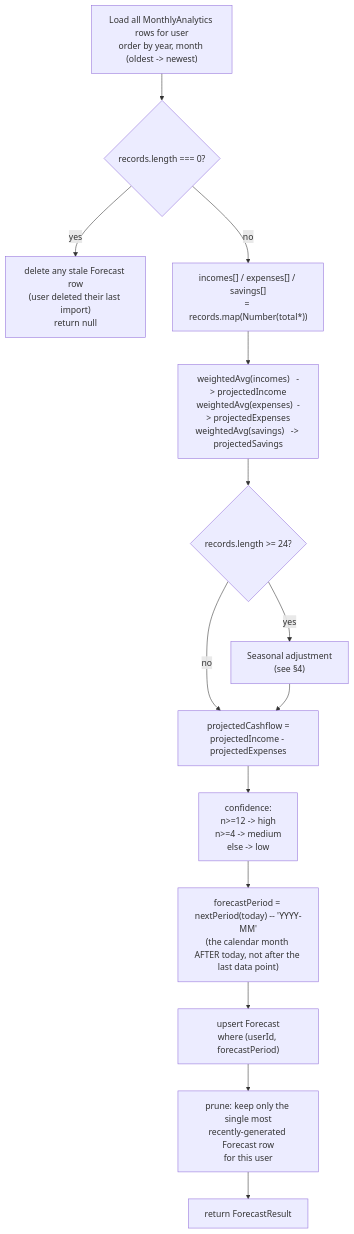
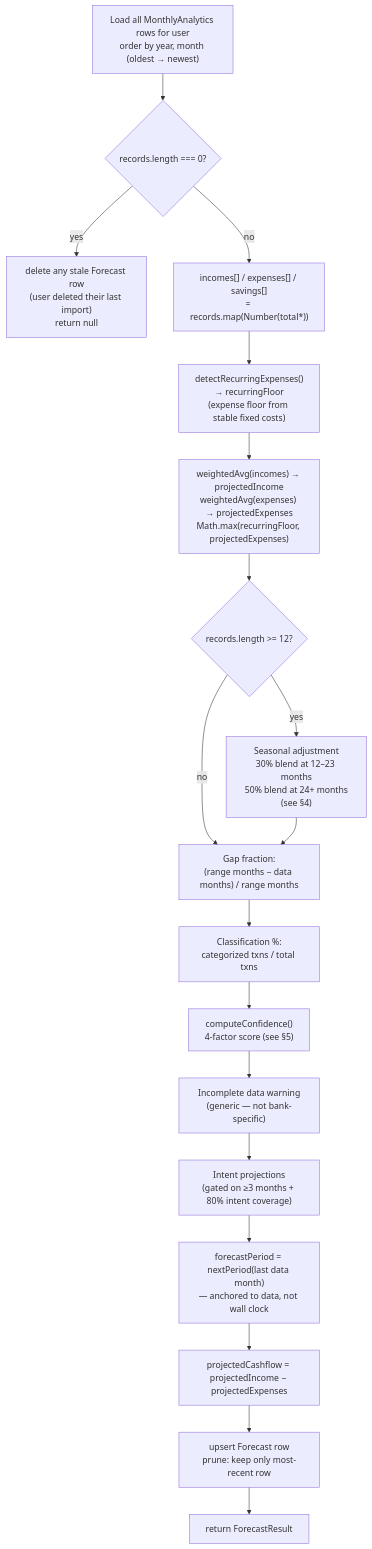
One commit to Robert-A2/freelancer-dashboard changed the second of 2 diagrams in docs/FORECAST_ENGINE.md. Above: the diagram before and after it, drawn with Mermaid. The commit also changed other lines of this file and 3 other files, not shown here.

First line of the commit message:
docs: update forecast engine, architecture, and UI drill-down docs

````diff
--- a/docs/FORECAST_ENGINE.md
+++ b/docs/FORECAST_ENGINE.md
@@ -40,16 +40,20 @@
 ```mermaid
 flowchart TD
-    A["Load all MonthlyAnalytics rows for user\norder by year, month (oldest -> newest)"] --> B{"records.length === 0?"}
+    A["Load all MonthlyAnalytics rows for user\norder by year, month (oldest → newest)"] --> B{"records.length === 0?"}
     B -- yes --> B1["delete any stale Forecast row\n(user deleted their last import)\nreturn null"]
     B -- no --> C["incomes[] / expenses[] / savings[]\n= records.map(Number(total*))"]
-    C --> D["weightedAvg(incomes)   -> projectedIncome\nweightedAvg(expenses)  -> projectedExpenses\nweightedAvg(savings)   -> projectedSavings"]
-    D --> E{"records.length >= 24?"}
-    E -- yes --> SEAS["Seasonal adjustment\n(see §4)"]
-    E -- no --> F
-    SEAS --> F["projectedCashflow =\nprojectedIncome - projectedExpenses"]
-    F --> G["confidence:\nn>=12 -> high\nn>=4  -> medium\nelse  -> low"]
-    G --> H["forecastPeriod = nextPeriod(today) -- 'YYYY-MM'\n(the calendar month AFTER today, not after the last data point)"]
-    H --> I["upsert Forecast\nwhere (userId, forecastPeriod)"]
-    I --> J["prune: keep only the single most\nrecently-generated Forecast row\nfor this user"]
-    J --> K["return ForecastResult"]
+    C --> REC["detectRecurringExpenses()\n→ recurringFloor\n(expense floor from stable fixed costs)"]
+    REC --> D["weightedAvg(incomes) → projectedIncome\nweightedAvg(expenses) → projectedExpenses\nMath.max(recurringFloor, projectedExpenses)"]
+    D --> E{"records.length >= 12?"}
+    E -- yes --> SEAS["Seasonal adjustment\n30% blend at 12–23 months\n50% blend at 24+ months\n(see §4)"]
+    E -- no --> GAP
+    SEAS --> GAP["Gap fraction:\n(range months − data months) / range months"]
+    GAP --> CLS["Classification %:\ncategorized txns / total txns"]
+    CLS --> CONF["computeConfidence()\n4-factor score (see §5)"]
+    CONF --> INC["Incomplete data warning\n(generic — not bank-specific)"]
+    INC --> INTENT["Intent projections\n(gated on ≥3 months + 80% intent coverage)"]
+    INTENT --> PER["forecastPeriod = nextPeriod(last data month)\n— anchored to data, not wall clock"]
+    PER --> F["projectedCashflow = projectedIncome − projectedExpenses"]
+    F --> G["upsert Forecast row\nprune: keep only most-recent row"]
+    G --> K["return ForecastResult"]
 ```
````
